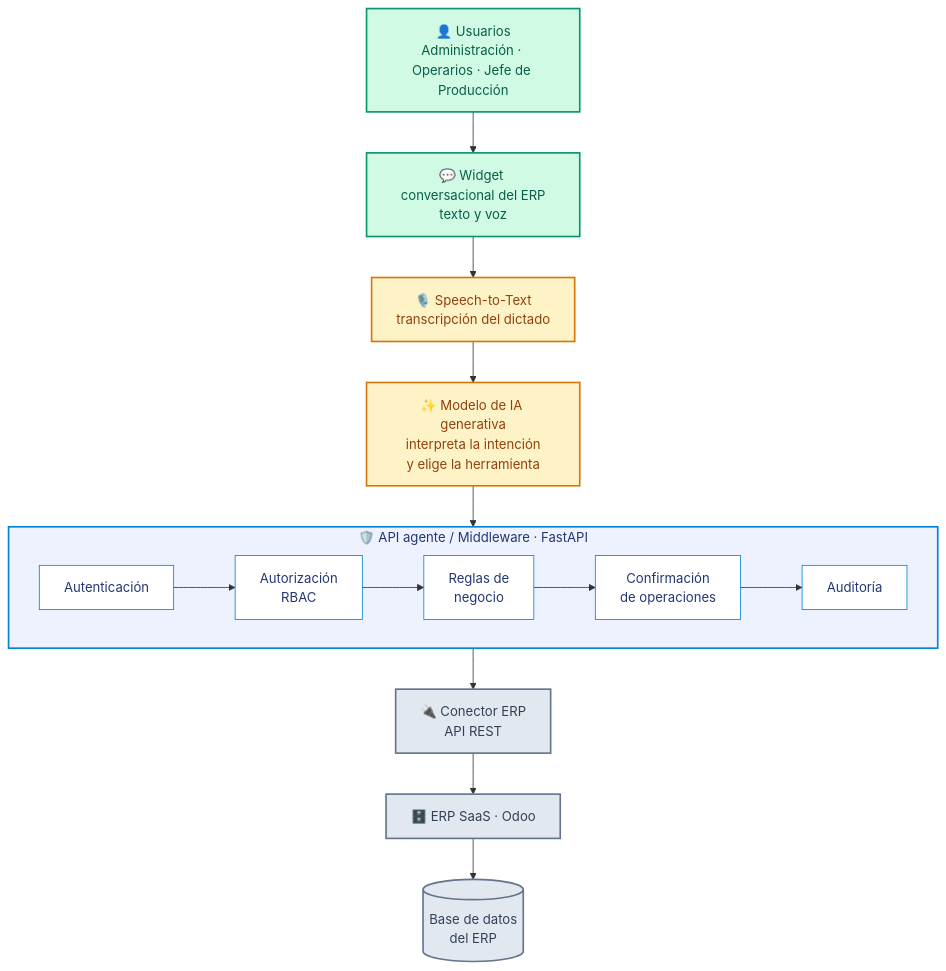
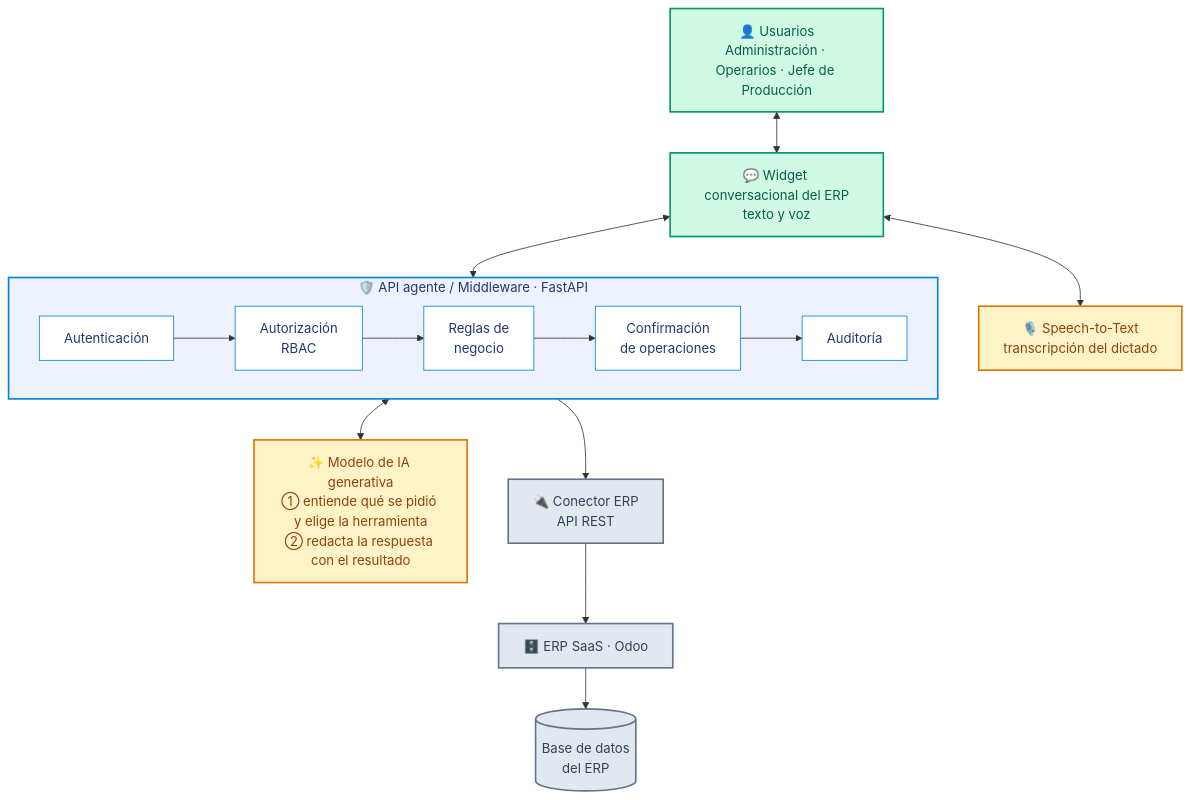
One commit to MateoSantolin/brimec-asistente changed the first of 6 diagrams in docs/ARQUITECTURA.md. Above: the diagram before and after it, drawn with Mermaid. The commit also changed other lines of this file and 5 other files, not shown here.

````diff
--- a/docs/ARQUITECTURA.md
+++ b/docs/ARQUITECTURA.md
@@ -24,32 +24,36 @@
 ```mermaid
 flowchart TD
     U["👤 Usuarios<br/>Administración · Operarios · Jefe de Producción"]
     W["💬 Widget conversacional del ERP<br/>texto y voz"]
     S["🎙️ Speech-to-Text<br/>transcripción del dictado"]
-    L["✨ Modelo de IA generativa<br/>interpreta la intención<br/>y elige la herramienta"]
+    L["✨ Modelo de IA generativa<br/>① entiende qué se pidió y elige la herramienta<br/>② redacta la respuesta con el resultado"]
 
     subgraph MW["🛡️ API agente / Middleware · FastAPI"]
         direction LR
         A1["Autenticación"] --> A2["Autorización<br/>RBAC"]
         A2 --> A3["Reglas de<br/>negocio"]
         A3 --> A4["Confirmación<br/>de operaciones"]
         A4 --> A5["Auditoría"]
     end
 
     C["🔌 Conector ERP<br/>API REST"]
     E["🗄️ ERP SaaS · Odoo"]
     D[("Base de datos<br/>del ERP")]
 
-    U --> W --> S --> L --> MW --> C --> E --> D
+    U <--> W
+    W <--> S
+    W <--> MW
+    MW <--> L
+    MW --> C --> E --> D
 
     classDef ok fill:#D1FAE5,stroke:#059669,stroke-width:2px,color:#065F46
     classDef sim fill:#FEF3C7,stroke:#D97706,stroke-width:2px,color:#92400E
     classDef prop fill:#E2E8F0,stroke:#64748B,stroke-width:2px,color:#334155
     classDef ctrl fill:#FFFFFF,stroke:#0084D6,stroke-width:1px,color:#243673
 
     class U,W ok
     class S,L sim
     class C,E,D prop
     class A1,A2,A3,A4,A5 ctrl
     style MW fill:#EEF2FF,stroke:#0084D6,stroke-width:2px,color:#243673
 ```
````
